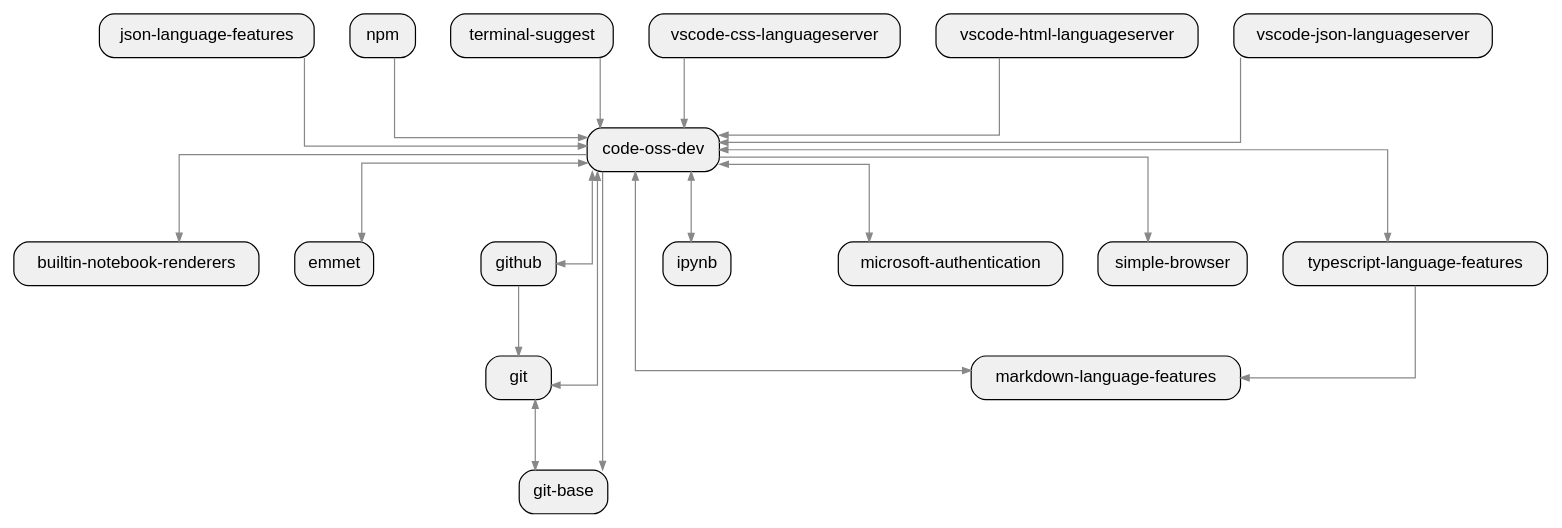
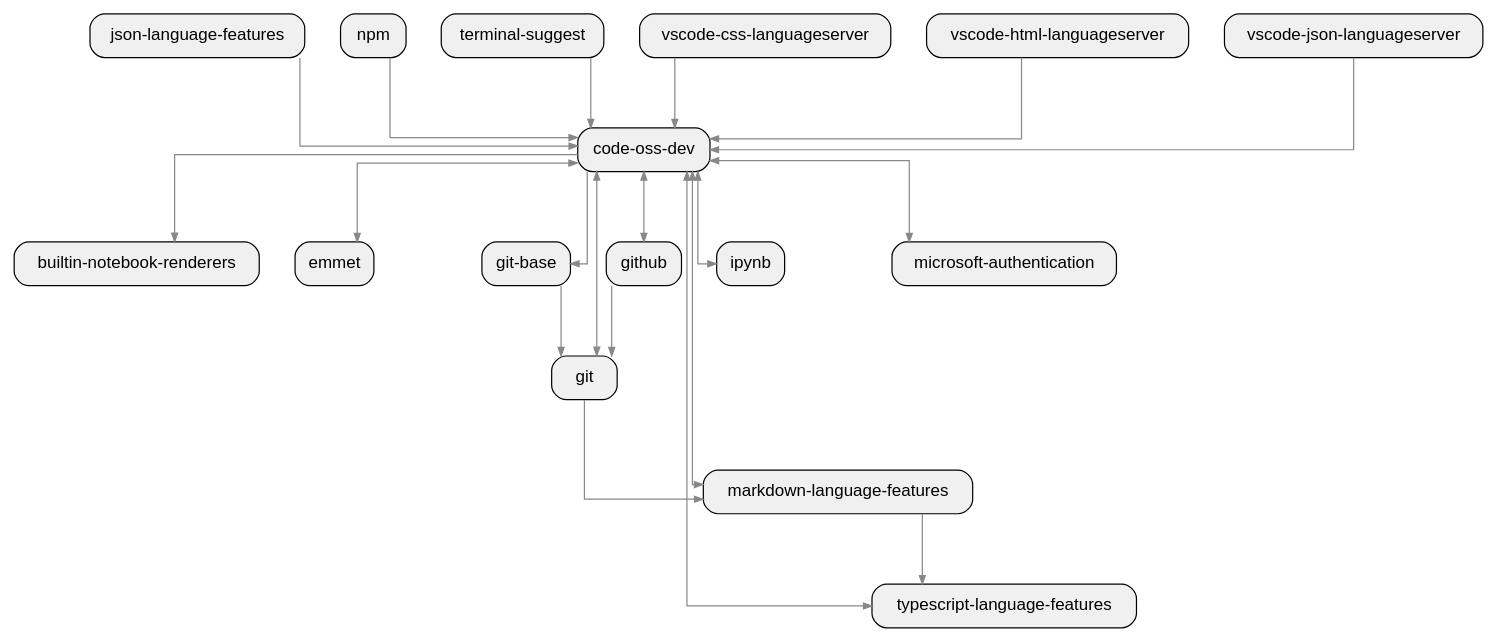
Before and after one commit to allenanswerzq/llmcc: the diagram in sample/typescript/vscode-pagerank/depth_1_crate.dot, drawn with Graphviz. The commit also changed 67 other files, not shown here.

```diff
--- a/sample/typescript/vscode-pagerank/depth_1_crate.dot
+++ b/sample/typescript/vscode-pagerank/depth_1_crate.dot
@@ -1,59 +1,57 @@
 digraph architecture {
   rankdir=TB;
   ranksep=0.8;
   nodesep=0.4;
   splines=ortho;
   concentrate=true;
 
   node [shape=box, style="rounded,filled", fillcolor="#f0f0f0", fontname="Helvetica"];
   edge [color="#888888", arrowsize=0.7];
 
   labelloc=t;
   fontsize=16;
 
   crate_builtin_notebook_renderers[label="builtin-notebook-renderers", path="/home/yibai/llmcc/sample/repos/vscode/extensions/notebook-renderers"];
   crate_code_oss_dev[label="code-oss-dev", path="/home/yibai/llmcc/sample/repos/vscode"];
   crate_emmet[label="emmet", path="/home/yibai/llmcc/sample/repos/vscode/extensions/emmet"];
   crate_git[label="git", path="/home/yibai/llmcc/sample/repos/vscode/extensions/git"];
   crate_git_base[label="git-base", path="/home/yibai/llmcc/sample/repos/vscode/extensions/git-base"];
   crate_github[label="github", path="/home/yibai/llmcc/sample/repos/vscode/extensions/github"];
   crate_ipynb[label="ipynb", path="/home/yibai/llmcc/sample/repos/vscode/extensions/ipynb"];
   crate_json_language_features[label="json-language-features", path="/home/yibai/llmcc/sample/repos/vscode/extensions/json-language-features"];
   crate_markdown_language_features[label="markdown-language-features", path="/home/yibai/llmcc/sample/repos/vscode/extensions/markdown-language-features"];
   crate_microsoft_authentication[label="microsoft-authentication", path="/home/yibai/llmcc/sample/repos/vscode/extensions/microsoft-authentication"];
   crate_npm[label="npm", path="/home/yibai/llmcc/sample/repos/vscode/extensions/npm"];
-  crate_simple_browser[label="simple-browser", path="/home/yibai/llmcc/sample/repos/vscode/extensions/simple-browser"];
   crate_terminal_suggest[label="terminal-suggest", path="/home/yibai/llmcc/sample/repos/vscode/extensions/terminal-suggest"];
   crate_typescript_language_features[label="typescript-language-features", path="/home/yibai/llmcc/sample/repos/vscode/extensions/typescript-language-features"];
   crate_vscode_css_languageserver[label="vscode-css-languageserver", path="/home/yibai/llmcc/sample/repos/vscode/extensions/css-language-features/server"];
   crate_vscode_html_languageserver[label="vscode-html-languageserver", path="/home/yibai/llmcc/sample/repos/vscode/extensions/html-language-features/server"];
   crate_vscode_json_languageserver[label="vscode-json-languageserver", path="/home/yibai/llmcc/sample/repos/vscode/extensions/json-language-features/server"];
 
   crate_code_oss_dev -> crate_builtin_notebook_renderers;
   crate_code_oss_dev -> crate_emmet;
   crate_code_oss_dev -> crate_git;
   crate_code_oss_dev -> crate_git_base;
   crate_code_oss_dev -> crate_github;
   crate_code_oss_dev -> crate_ipynb;
   crate_code_oss_dev -> crate_markdown_language_features;
   crate_code_oss_dev -> crate_microsoft_authentication;
-  crate_code_oss_dev -> crate_simple_browser;
   crate_code_oss_dev -> crate_typescript_language_features;
   crate_emmet -> crate_code_oss_dev;
   crate_git -> crate_code_oss_dev;
-  crate_git -> crate_git_base;
+  crate_git -> crate_markdown_language_features;
   crate_git_base -> crate_git;
   crate_github -> crate_code_oss_dev;
   crate_github -> crate_git;
   crate_ipynb -> crate_code_oss_dev;
   crate_json_language_features -> crate_code_oss_dev;
   crate_markdown_language_features -> crate_code_oss_dev;
+  crate_markdown_language_features -> crate_typescript_language_features;
   crate_microsoft_authentication -> crate_code_oss_dev;
   crate_npm -> crate_code_oss_dev;
   crate_terminal_suggest -> crate_code_oss_dev;
   crate_typescript_language_features -> crate_code_oss_dev;
-  crate_typescript_language_features -> crate_markdown_language_features;
   crate_vscode_css_languageserver -> crate_code_oss_dev;
   crate_vscode_html_languageserver -> crate_code_oss_dev;
   crate_vscode_json_languageserver -> crate_code_oss_dev;
 }
```
